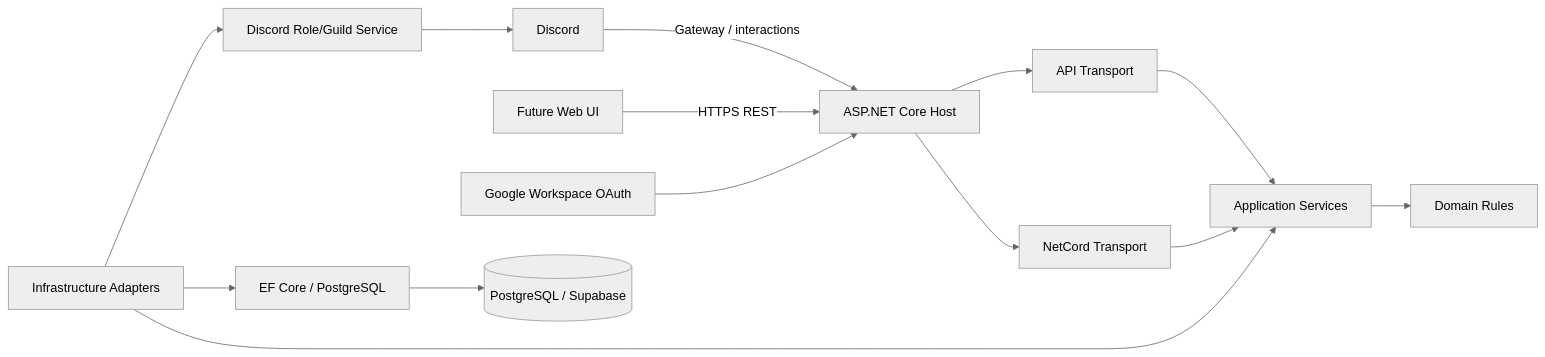
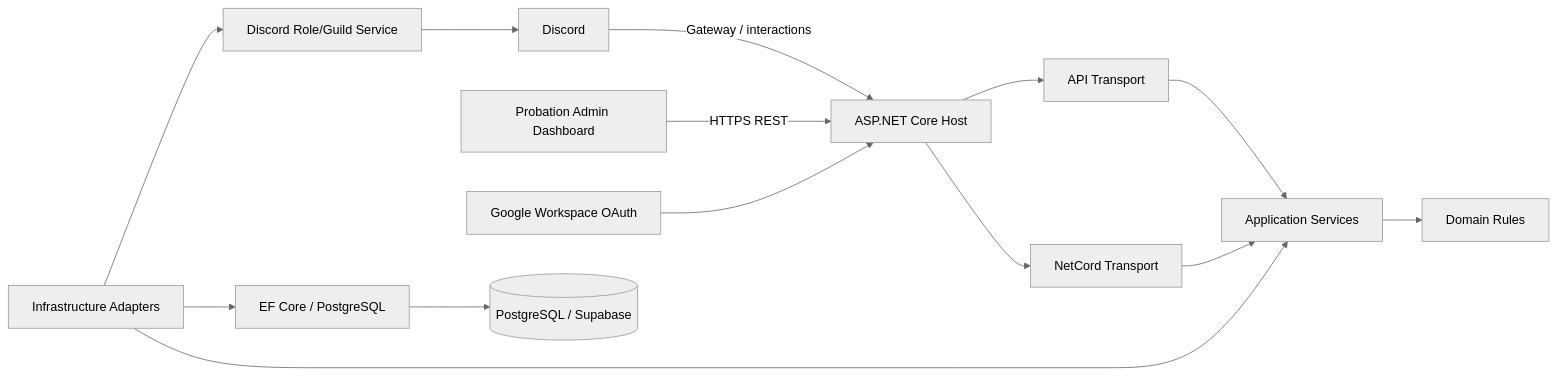
The first of 2 diagrams in docs/ARCHITECTURE.md (tranvlnh/Felion), drawn with Mermaid (neutral theme) before and after one commit. The commit also changed other lines of this file and 33 other files, not shown here.

````diff
--- a/docs/ARCHITECTURE.md
+++ b/docs/ARCHITECTURE.md
@@ -6,16 +6,16 @@
 ```mermaid
 flowchart LR
   Discord[Discord] -->|Gateway / interactions| Host[ASP.NET Core Host]
-  Browser[Future Web UI] -->|HTTPS REST| Host
+  Browser[Probation Admin Dashboard] -->|HTTPS REST| Host
   Google[Google Workspace OAuth] --> Host
   Host --> API[API Transport]
   Host --> Bot[NetCord Transport]
   API --> App[Application Services]
   Bot --> App
   App --> Domain[Domain Rules]
   Infra[Infrastructure Adapters] --> App
   Infra --> EF[EF Core / PostgreSQL]
   Infra --> DiscordSvc[Discord Role/Guild Service]
   EF --> PG[(PostgreSQL / Supabase)]
   DiscordSvc --> Discord
 ```
````
